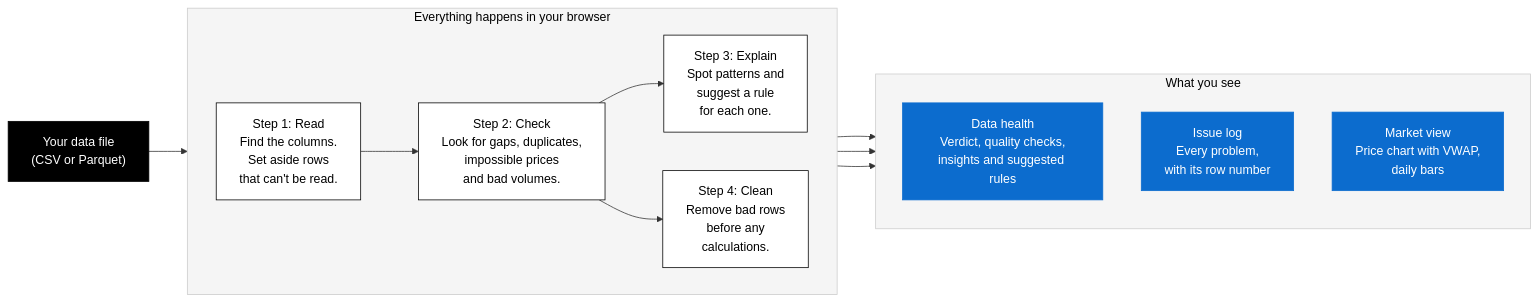
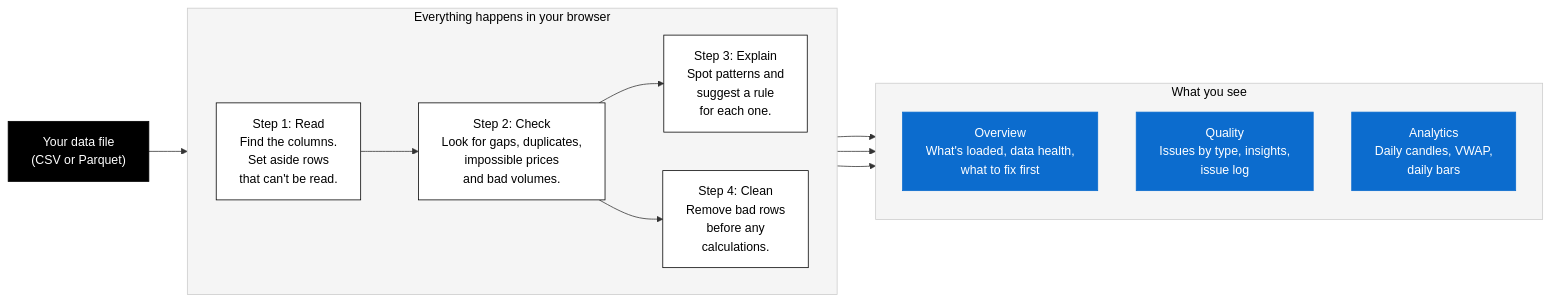
One commit to siewchung/market-analyser-prototype changed the diagram in README.md. Above: the diagram before and after it, drawn with Mermaid. The commit also changed other lines of this file and 2 other files, not shown here.

First line of the commit message:
Document startup data, precomputed report and the three-screen UI

````diff
--- a/README.md
+++ b/README.md
@@ -29,33 +29,33 @@
 ```mermaid
 flowchart LR
     file["Your data file<br/>(CSV or Parquet)"]
 
     subgraph browser["Everything happens in your browser"]
         direction LR
         read["Step 1: Read<br/>Find the columns.<br/>Set aside rows<br/>that can't be read."]
         check["Step 2: Check<br/>Look for gaps, duplicates,<br/>impossible prices<br/>and bad volumes."]
         explain["Step 3: Explain<br/>Spot patterns and<br/>suggest a rule<br/>for each one."]
         clean["Step 4: Clean<br/>Remove bad rows<br/>before any<br/>calculations."]
     end
 
     subgraph results["What you see"]
         direction TB
-        health["Data health<br/>Verdict, quality checks,<br/>insights and suggested rules"]
-        issues["Issue log<br/>Every problem,<br/>with its row number"]
-        market["Market view<br/>Price chart with VWAP,<br/>daily bars"]
+        health["Overview<br/>What's loaded, data health,<br/>what to fix first"]
+        issues["Quality<br/>Issues by type, insights,<br/>issue log"]
+        market["Analytics<br/>Daily candles, VWAP,<br/>daily bars"]
     end
 
     file --> read --> check
     check --> explain --> health
     check --> issues
     check --> clean --> market
 
     classDef step fill:#ffffff,stroke:#000000,color:#000000
     classDef result fill:#0c6cce,stroke:#0c6cce,color:#ffffff
     classDef input fill:#000000,stroke:#000000,color:#ffffff
     classDef area fill:#f5f5f5,stroke:#cccccc,color:#000000
     class read,check,explain,clean step
     class health,market,issues result
     class file input
     class browser,results area
 ```
````
